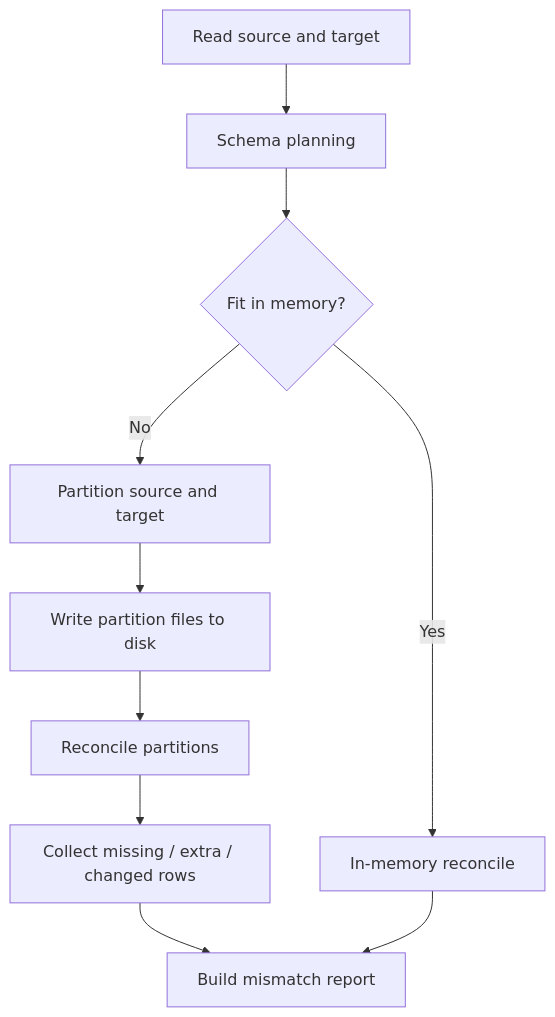
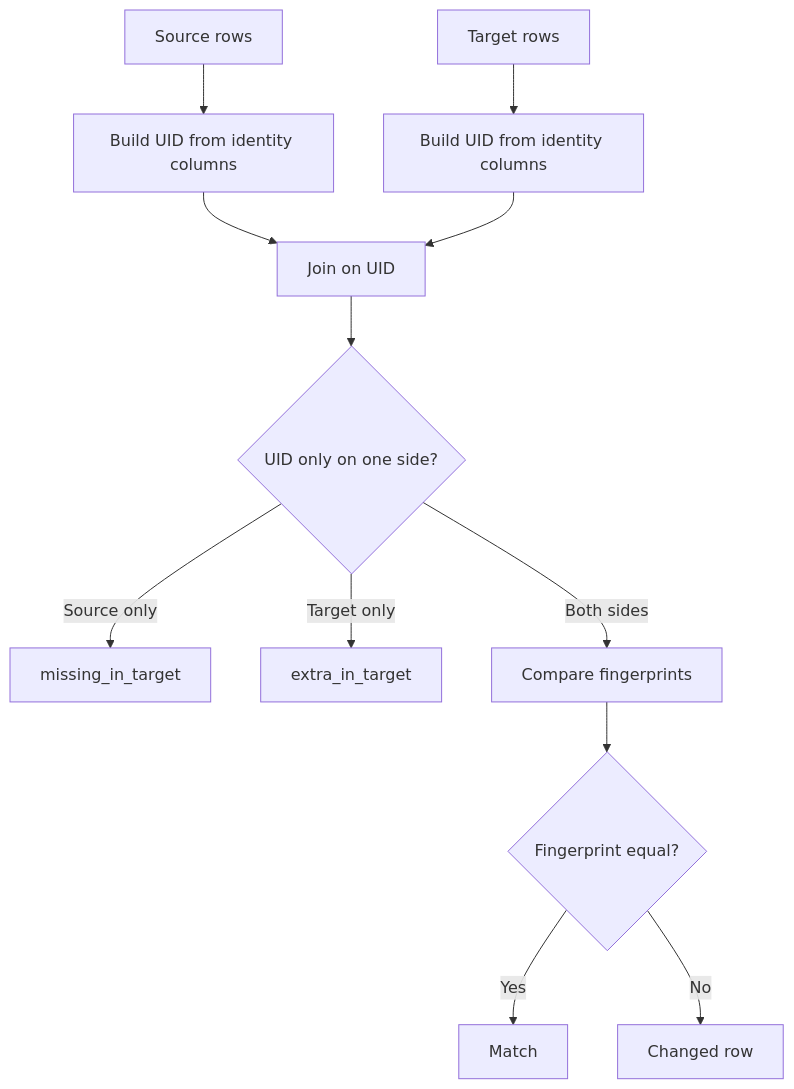
One commit to AnshRaj112/Pegasus changed the third of 6 diagrams in docs/VALIDATION_IMPLEMENTATION_GUIDE.md. Above: the diagram before and after it, drawn with Mermaid. The commit also changed other lines of this file, not shown here.

````diff
--- a/docs/VALIDATION_IMPLEMENTATION_GUIDE.md
+++ b/docs/VALIDATION_IMPLEMENTATION_GUIDE.md
@@ -172,12 +208,14 @@
 ```mermaid
 flowchart TD
-    A[Read source and target] --> B[Schema planning]
-    B --> C{Fit in memory?}
-    C -->|Yes| D[In-memory reconcile]
-    C -->|No| E[Partition source and target]
-    E --> F[Write partition files to disk]
-    F --> G[Reconcile partitions]
-    G --> H[Collect missing / extra / changed rows]
-    H --> I[Build mismatch report]
-    D --> I
+    A[Source rows] --> B[Build UID from identity columns]
+    C[Target rows] --> D[Build UID from identity columns]
+    B --> E[Join on UID]
+    D --> E
+    E --> F{UID only on one side?}
+    F -->|Source only| G[missing_in_target]
+    F -->|Target only| H[extra_in_target]
+    F -->|Both sides| I[Compare fingerprints]
+    I --> J{Fingerprint equal?}
+    J -->|Yes| K[Match]
+    J -->|No| L[Changed row]
 ```
````
